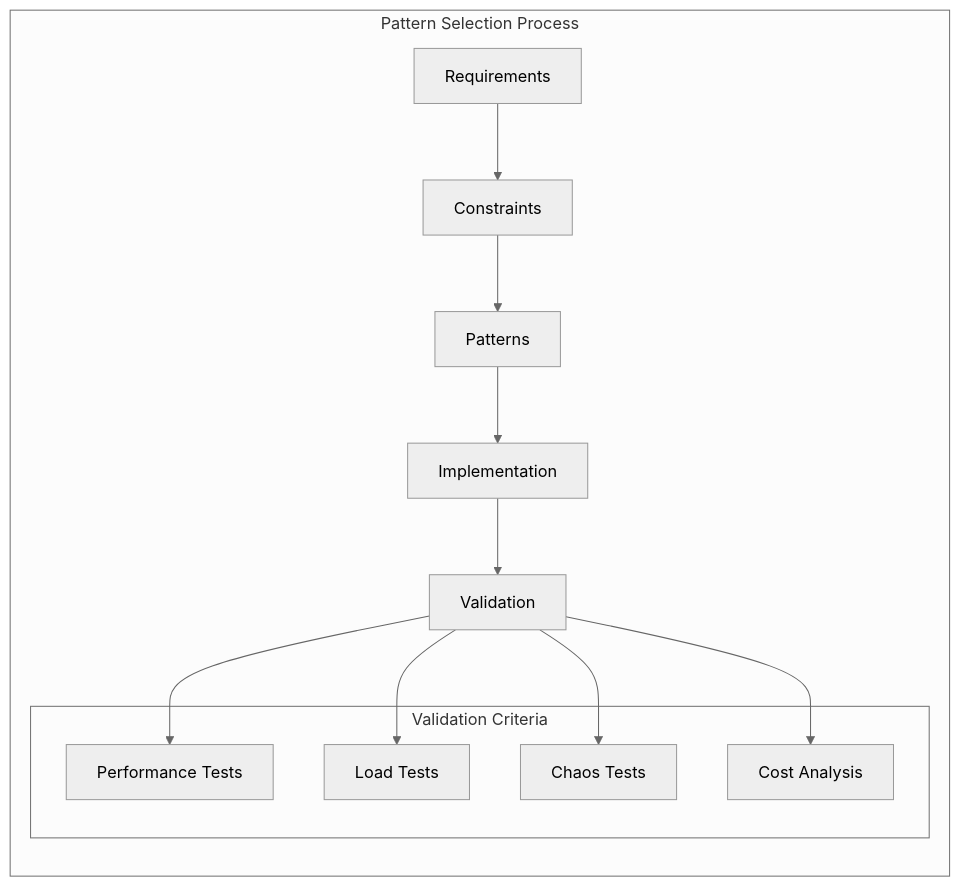
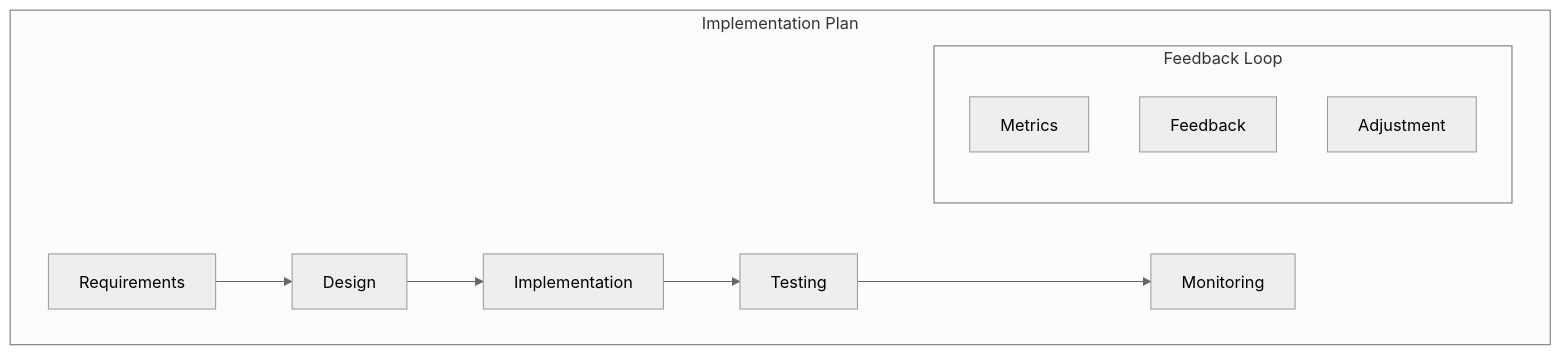
Before and after one commit to saravanakumarrc/Architecture_Journey: the seventh of 7 diagrams in src/System_Design_Principles_and_Patterns.md, drawn with Mermaid (neutral theme). The commit also changed other lines of this file and 4 other files, not shown here.

Commit message:
Refactor System Design Principles and Patterns documentation for clarity and conciseness; enhance Technical Debt Management framework with structured metrics and prioritization strategies.

````diff
--- a/src/System_Design_Principles_and_Patterns.md
+++ b/src/System_Design_Principles_and_Patterns.md
@@ -806,23 +256,15 @@
 ```mermaid
-flowchart TB
-    subgraph "Pattern Selection Process"
-        direction TB
+graph TB
+    subgraph "Implementation Plan"
+        R[Requirements] --> D[Design]
+        D --> I[Implementation]
+        I --> T[Testing]
+        T --> M[Monitoring]
         
-        R[Requirements] --> C[Constraints]
-        C --> P[Patterns]
-        P --> I[Implementation]
-        I --> V[Validation]
-        
-        subgraph "Validation Criteria"
-            V1[Performance Tests]
-            V2[Load Tests]
-            V3[Chaos Tests]
-            V4[Cost Analysis]
+        subgraph "Feedback Loop"
+            MI[Metrics]
+            FD[Feedback]
+            AD[Adjustment]
         end
-        
-        V --> V1
-        V --> V2
-        V --> V3
-        V --> V4
     end
 ```
````
